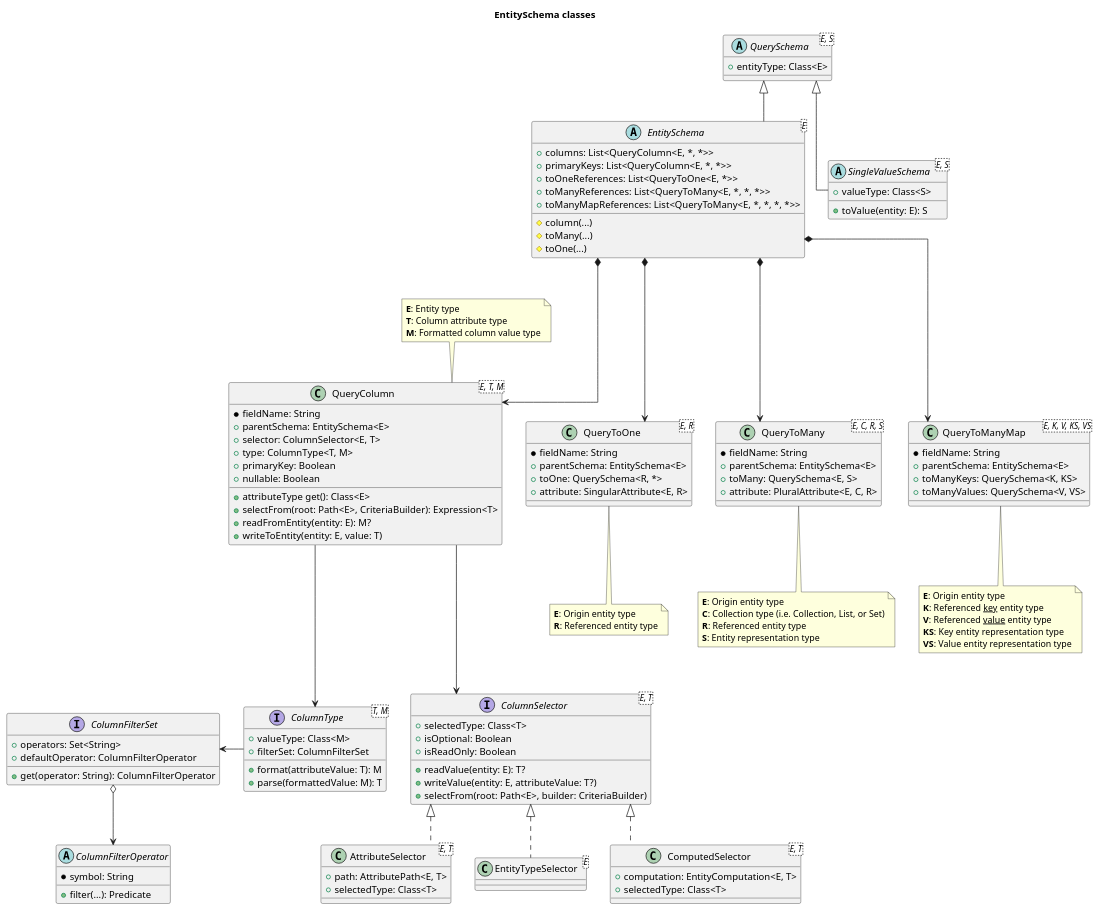
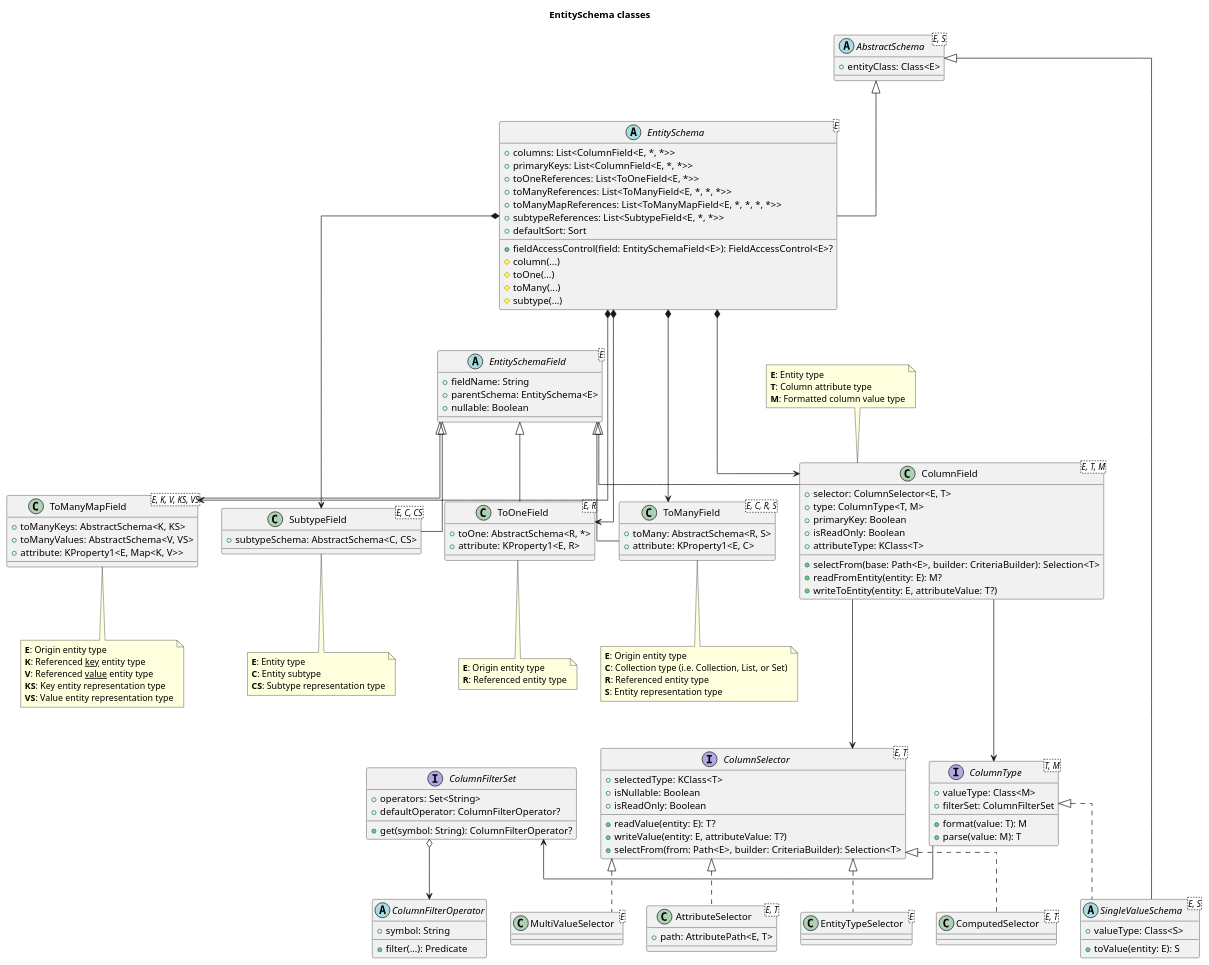
Before and after one commit to wer-denkt-was/kiwi-framework: the diagram in docs/99-appendix.md, drawn with PlantUML. The commit also changed other lines of this file and 274 other files, not shown here.

````diff
--- a/docs/99-appendix.md
+++ b/docs/99-appendix.md
@@ -141,137 +200,149 @@
 title EntitySchema classes
 skinparam linetype ortho
 
-abstract class QuerySchema<E, S> {
-    + entityType: Class<E>
+abstract class AbstractSchema<E, S> {
+    + entityClass: Class<E>
 }
 
-abstract class EntitySchema<E> extends QuerySchema {
-    + columns: List<QueryColumn<E, *, *>>
-    + primaryKeys: List<QueryColumn<E, *, *>>
-    + toOneReferences: List<QueryToOne<E, *>>
-    + toManyReferences: List<QueryToMany<E, *, *, *>>
-    + toManyMapReferences: List<QueryToMany<E, *, *, *, *>> 
+abstract class EntitySchema<E> extends AbstractSchema {
+    + columns: List<ColumnField<E, *, *>>
+    + primaryKeys: List<ColumnField<E, *, *>>
+    + toOneReferences: List<ToOneField<E, *>>
+    + toManyReferences: List<ToManyField<E, *, *, *>>
+    + toManyMapReferences: List<ToManyMapField<E, *, *, *, *>>
+    + subtypeReferences: List<SubtypeField<E, *, *>>
+    + defaultSort: Sort
 
+    + fieldAccessControl(field: EntitySchemaField<E>): FieldAccessControl<E>?
     # column(...)
+    # toOne(...)
     # toMany(...)
-    # toOne(...)
+    # subtype(...)
 }
 
-abstract class SingleValueSchema<E, S> extends QuerySchema {
+abstract class SingleValueSchema<E, S> extends AbstractSchema implements ColumnType {
     + valueType: Class<S>
     + toValue(entity: E): S
 }
 
-EntitySchema *-d--> QueryColumn
-EntitySchema *-d--> QueryToOne
-EntitySchema *-d--> QueryToMany
-EntitySchema *-d--> QueryToManyMap
+abstract class EntitySchemaField<E> {
+    + fieldName: String
+    + parentSchema: EntitySchema<E>
+    + nullable: Boolean
+}
 
-class QueryColumn<E, T, M> {
-    * fieldName: String
-    + parentSchema: EntitySchema<E>
+EntitySchema *-d--> ColumnField
+EntitySchema *-d--> ToOneField
+EntitySchema *-d--> ToManyField
+EntitySchema *-d--> ToManyMapField
+EntitySchema *-d--> SubtypeField
+
+class ColumnField<E, T, M> extends EntitySchemaField {
     + selector: ColumnSelector<E, T>
     + type: ColumnType<T, M>
     + primaryKey: Boolean
-    + nullable: Boolean
+    + isReadOnly: Boolean
+    + attributeType: KClass<T>
 
-    + attributeType get(): Class<E>
-    + selectFrom(root: Path<E>, CriteriaBuilder): Expression<T>
+    + selectFrom(base: Path<E>, builder: CriteriaBuilder): Selection<T>
     + readFromEntity(entity: E): M?
-    + writeToEntity(entity: E, value: T)
+    + writeToEntity(entity: E, attributeValue: T?)
 }
 
-QueryColumn --d-> ColumnSelector
-QueryColumn --d-> ColumnType
+ColumnField --d-> ColumnSelector
+ColumnField --d-> ColumnType
 
-class QueryToOne<E, R> {
-    * fieldName: String
-    + parentSchema: EntitySchema<E>
-    + toOne: QuerySchema<R, *>
-    + attribute: SingularAttribute<E, R>
+class ToOneField<E, R> extends EntitySchemaField {
+    + toOne: AbstractSchema<R, *>
+    + attribute: KProperty1<E, R>
 }
 
-class QueryToMany<E, C, R, S> {
-    * fieldName: String
-    + parentSchema: EntitySchema<E>
-    + toMany: QuerySchema<E, S>
-    + attribute: PluralAttribute<E, C, R>
+class ToManyField<E, C, R, S> extends EntitySchemaField {
+    + toMany: AbstractSchema<R, S>
+    + attribute: KProperty1<E, C>
 }
 
-class QueryToManyMap<E, K, V, KS, VS> {
-    * fieldName: String
-    + parentSchema: EntitySchema<E>
-    + toManyKeys: QuerySchema<K, KS>
-    + toManyValues: QuerySchema<V, VS>
+class ToManyMapField<E, K, V, KS, VS> extends EntitySchemaField {
+    + toManyKeys: AbstractSchema<K, KS>
+    + toManyValues: AbstractSchema<V, VS>
+    + attribute: KProperty1<E, Map<K, V>>
+}
+
+class SubtypeField<E, C, CS> extends EntitySchemaField {
+    + subtypeSchema: AbstractSchema<C, CS>
 }
 
 interface ColumnSelector<E, T> {
-    + selectedType: Class<T>
-    + isOptional: Boolean
+    + selectedType: KClass<T>
+    + isNullable: Boolean
     + isReadOnly: Boolean
     + readValue(entity: E): T?
     + writeValue(entity: E, attributeValue: T?)
-    + selectFrom(root: Path<E>, builder: CriteriaBuilder)
+    + selectFrom(from: Path<E>, builder: CriteriaBuilder): Selection<T>
 }
 
 class AttributeSelector<E, T> implements ColumnSelector {
     + path: AttributePath<E, T>
-    + selectedType: Class<T>
 }
 
 class EntityTypeSelector<E> implements ColumnSelector
 
-class ComputedSelector<E, T> implements ColumnSelector {
-    + computation: EntityComputation<E, T>
-    + selectedType: Class<T>
-}
+class ComputedSelector<E, T> implements ColumnSelector
+
+class MultiValueSelector<E> implements ColumnSelector
 
 interface ColumnType<T, M> {
     + valueType: Class<M>
     + filterSet: ColumnFilterSet
-    + format(attributeValue: T): M
-    + parse(formattedValue: M): T
+    + format(value: T): M
+    + parse(value: M): T
 }
 
 ColumnType --l-> ColumnFilterSet
 
 interface ColumnFilterSet {
     + operators: Set<String>
-    + defaultOperator: ColumnFilterOperator
-    + get(operator: String): ColumnFilterOperator
+    + defaultOperator: ColumnFilterOperator?
+    + get(symbol: String): ColumnFilterOperator?
 }
 
 ColumnFilterSet o-d-> ColumnFilterOperator
 
 abstract class ColumnFilterOperator {
-    * symbol: String
+    + symbol: String
     + filter(...): Predicate
 }
 
-note top of QueryColumn
+note top of ColumnField
 **E**: Entity type
 **T**: Column attribute type
 **M**: Formatted column value type
 end note
 
-note bottom of QueryToOne
+note bottom of ToOneField
 **E**: Origin entity type
 **R**: Referenced entity type
 end note
 
-note bottom of QueryToMany
+note bottom of ToManyField
 **E**: Origin entity type
 **C**: Collection type (i.e. Collection, List, or Set)
 **R**: Referenced entity type
 **S**: Entity representation type
 end note
 
-note bottom of QueryToManyMap
+note bottom of ToManyMapField
 **E**: Origin entity type
 **K**: Referenced __key__ entity type
 **V**: Referenced __value__ entity type
 **KS**: Key entity representation type
 **VS**: Value entity representation type
 end note
+
+note bottom of SubtypeField
+**E**: Entity type
+**C**: Entity subtype
+**CS**: Subtype representation type
+end note
 @enduml
 ```
````
